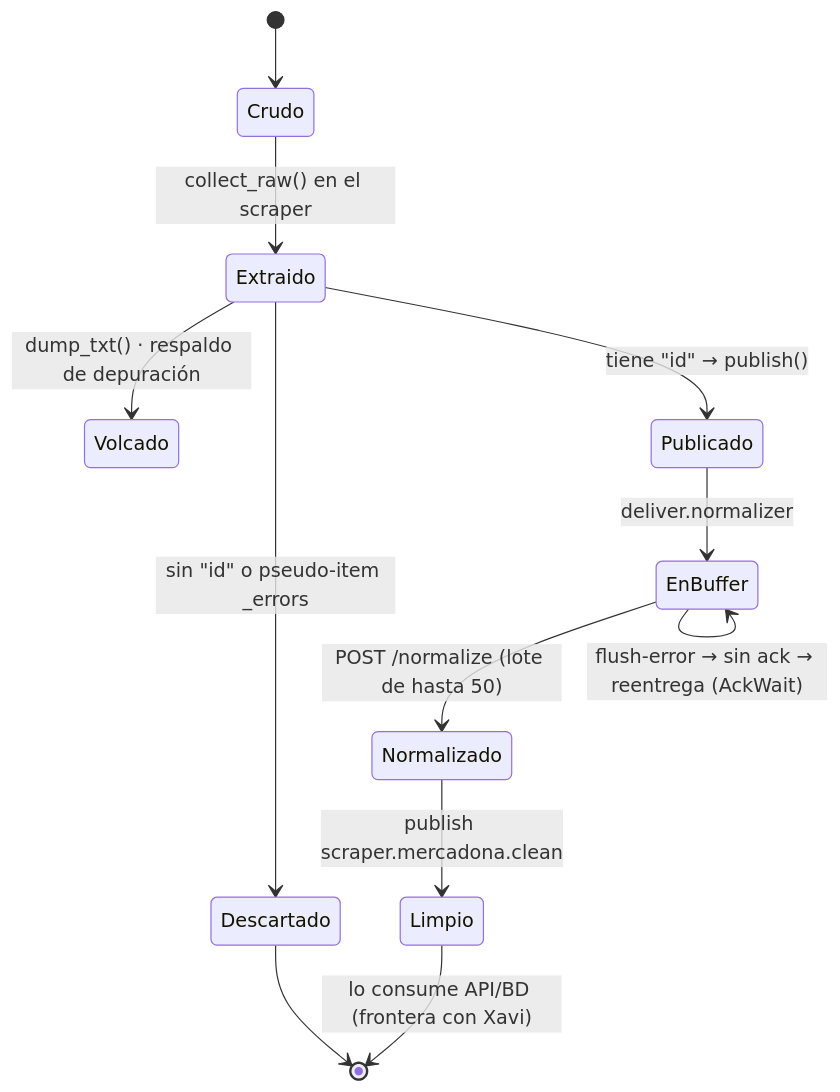
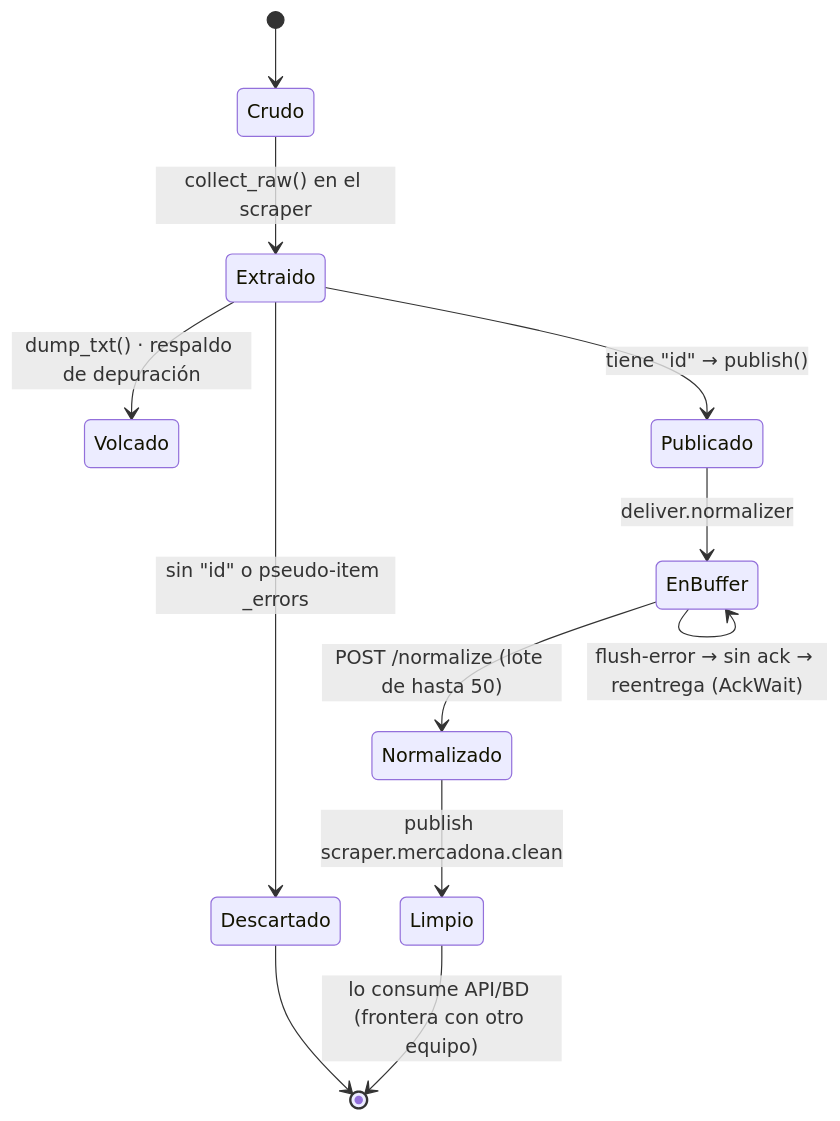
One commit to TheMinimalOwl/PTI-Q26-27-TARDOR changed the second of 3 diagrams in flujo-entrada/docs/02-flujo-datos.md. Above: the diagram before and after it, drawn with Mermaid. The commit also changed other lines of this file and 3 other files, not shown here.

````diff
--- a/flujo-entrada/docs/02-flujo-datos.md
+++ b/flujo-entrada/docs/02-flujo-datos.md
@@ -47,15 +47,15 @@
 ```mermaid
 stateDiagram-v2
   [*] --> Crudo
   Crudo --> Extraido: collect_raw() en el scraper
   Extraido --> Volcado: dump_txt() · respaldo de depuración
   Extraido --> Publicado: tiene "id" → publish()
   Extraido --> Descartado: sin "id" o pseudo-item _errors
   Descartado --> [*]
 
   Publicado --> EnBuffer: deliver.normalizer
   EnBuffer --> EnBuffer: flush-error → sin ack → reentrega (AckWait)
   EnBuffer --> Normalizado: POST /normalize (lote de hasta 50)
   Normalizado --> Limpio: publish scraper.mercadona.clean
-  Limpio --> [*]: lo consume API/BD (frontera con Xavi)
+  Limpio --> [*]: lo consume API/BD (frontera con otro equipo)
 ```
````
